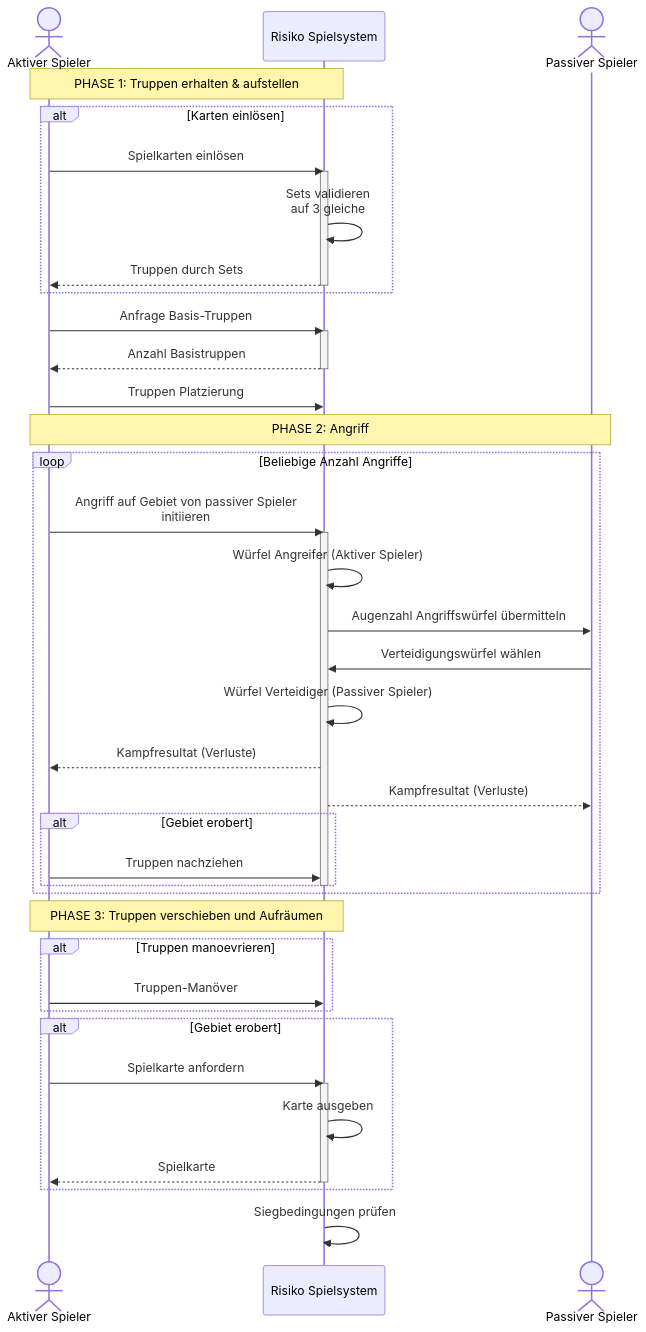
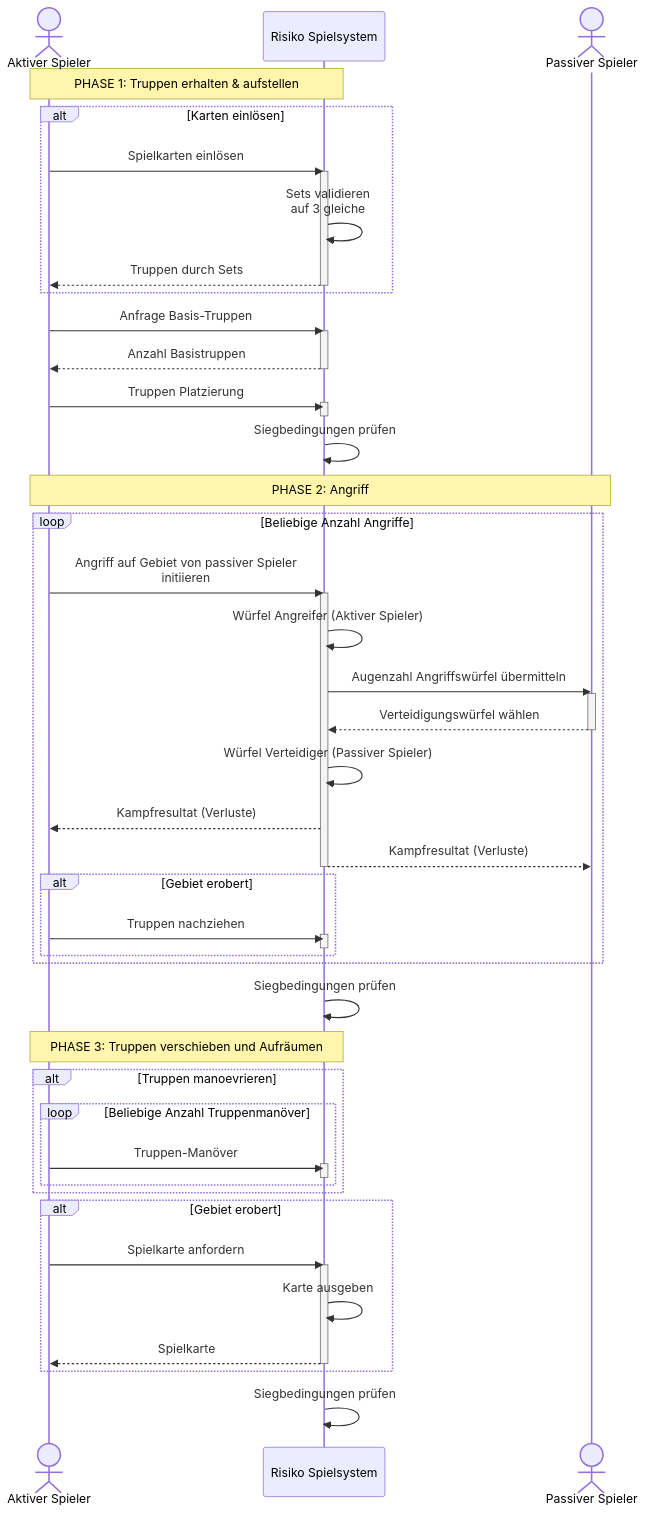
One commit to Raqhael/risiko-engineering changed the diagram in SEQUENCEDIAGRAMM.md. Above: the diagram before and after it, drawn with Mermaid.

Commit message:
Added loop in alt (phase 3)and Siegbedingung prüfen in phase 1/2

````diff
--- a/SEQUENCEDIAGRAMM.md
+++ b/SEQUENCEDIAGRAMM.md
@@ -3,62 +3,73 @@
 ```mermaid
 sequenceDiagram
     actor A as Aktiver Spieler
     participant R as Risiko Spielsystem
     actor P as Passiver Spieler
     
 %% Truppen erhalten & aufstellen
     Note over A,R: PHASE 1: Truppen erhalten & aufstellen
     alt Karten einlösen
         A->>R: Spielkarten einlösen
         activate R
         R->>R: Sets validieren <br> auf 3 gleiche
         R-->>A: Truppen durch Sets
         deactivate R
     end
 
     A->>R: Anfrage Basis-Truppen
     activate R
     R-->>A: Anzahl Basistruppen
     deactivate R
 
     A->>R: Truppen Platzierung
+    activate R
+    deactivate R
+    R->>R: Siegbedingungen prüfen
 
 
 %%Angreifen auf Gebiet von passiever Spiel
     Note over A,P: PHASE 2: Angriff
     loop Beliebige Anzahl Angriffe
         A->>R: Angriff auf Gebiet von passiver Spieler <br> initiieren
         activate R
 
         R->>R: Würfel Angreifer (Aktiver Spieler)
         R->>P: Augenzahl Angriffswürfel übermitteln
-        P->>R: Verteidigungswürfel wählen
+        activate P
+        P-->>R: Verteidigungswürfel wählen
+        deactivate P
         R->>R: Würfel Verteidiger (Passiver Spieler)
 
 
 
         R-->>A: Kampfresultat (Verluste)
         R-->>P: Kampfresultat (Verluste)
-
+        deactivate R
         alt Gebiet erobert
             A->>R: Truppen nachziehen
+            activate R
+            deactivate R
         end
-
-        deactivate R
+        
     end
+    R->>R: Siegbedingungen prüfen
 
 %%Truppen verschieben und Aufräumen
     Note over A,R: PHASE 3: Truppen verschieben und Aufräumen
     alt Truppen manoevrieren
+        loop Beliebige Anzahl Truppenmanöver
         A->>R: Truppen-Manöver
+            activate R
+            deactivate R
+        end
     end
     alt Gebiet erobert
         A->>R: Spielkarte anfordern
         activate R
         R->>R: Karte ausgeben
         R-->>A: Spielkarte
         deactivate R
     end
 
     R->>R: Siegbedingungen prüfen
 ```
````
